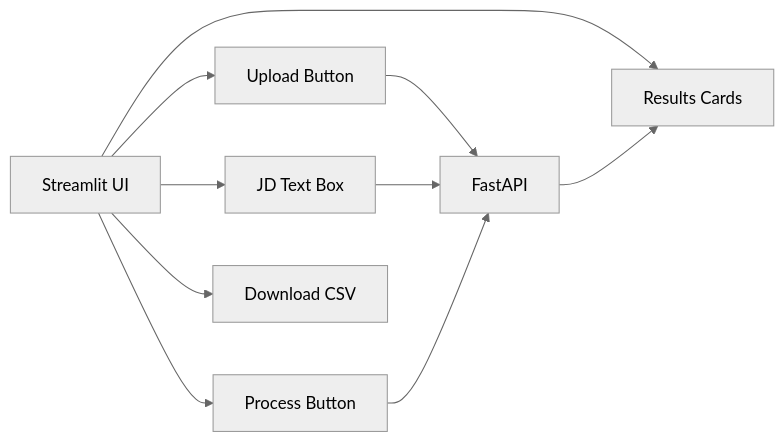
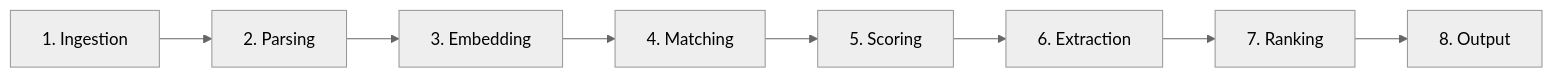
The first of 2 diagrams in README.md (mannalaabiram2005-art/AI_RESUME_SHORTLISTER), drawn with Mermaid (neutral theme) before and after one commit. The commit also changed other lines of this file and 1 other file, not shown here.

````diff
--- a/README.md
+++ b/README.md
@@ -657,13 +76,10 @@
 ```mermaid
 flowchart LR
-    A[Streamlit UI] --> B[Upload Button]
-    A --> C[JD Text Box]
-    A --> D[Process Button]
-    A --> E[Results Cards]
-    A --> F[Download CSV]
-
-    B --> API[FastAPI]
-    C --> API
-    D --> API
-    API --> E
+    A[1. Ingestion] --> B[2. Parsing]
+    B --> C[3. Embedding]
+    C --> D[4. Matching]
+    D --> E[5. Scoring]
+    E --> F[6. Extraction]
+    F --> G[7. Ranking]
+    G --> H[8. Output]
 ```
````
